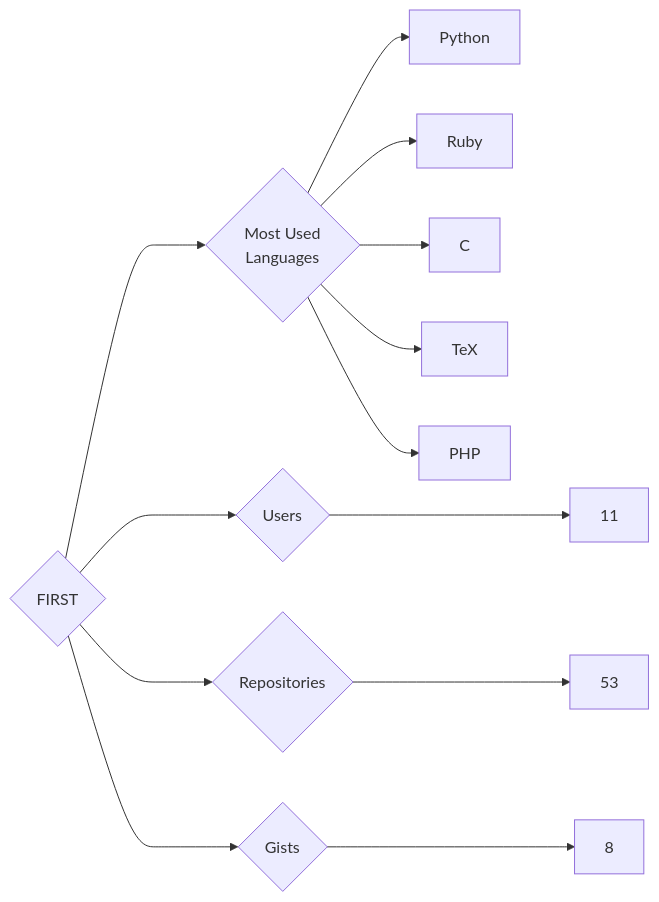
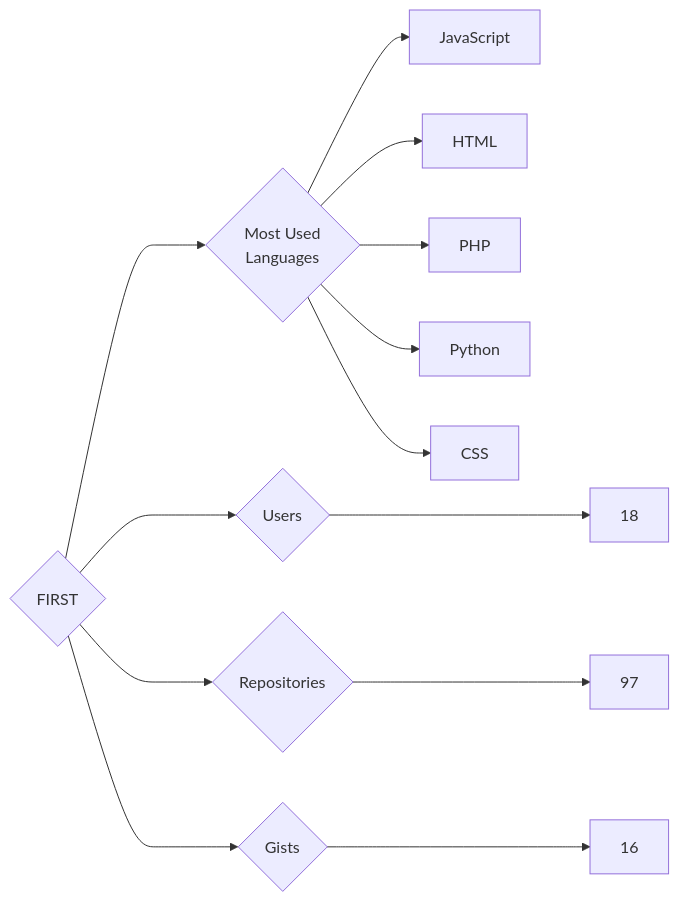
The diagram in targets/FIRST/README.md (trickest/insiders), drawn with Mermaid before and after one commit. The commit also changed 934 other files, not shown here.

````diff
--- a/targets/FIRST/README.md
+++ b/targets/FIRST/README.md
@@ -3,13 +3,13 @@
 ```mermaid
 graph LR
 COMPANY_NAME{FIRST}
-COMPANY_NAME ---> U{Users} ---> UN[11]
-COMPANY_NAME ---> R{Repositories} ---> RN[53]
-COMPANY_NAME ---> G{Gists} ---> GN[8]
+COMPANY_NAME ---> U{Users} ---> UN[18]
+COMPANY_NAME ---> R{Repositories} ---> RN[97]
+COMPANY_NAME ---> G{Gists} ---> GN[16]
 COMPANY_NAME ---> ML{Most Used<br>Languages}
+ML --> JavaScript[JavaScript]
+ML --> HTML[HTML]
+ML --> PHP[PHP]
 ML --> Python[Python]
-ML --> Ruby[Ruby]
-ML --> C[C]
-ML --> TeX[TeX]
-ML --> PHP[PHP]
+ML --> CSS[CSS]
 ```
````
